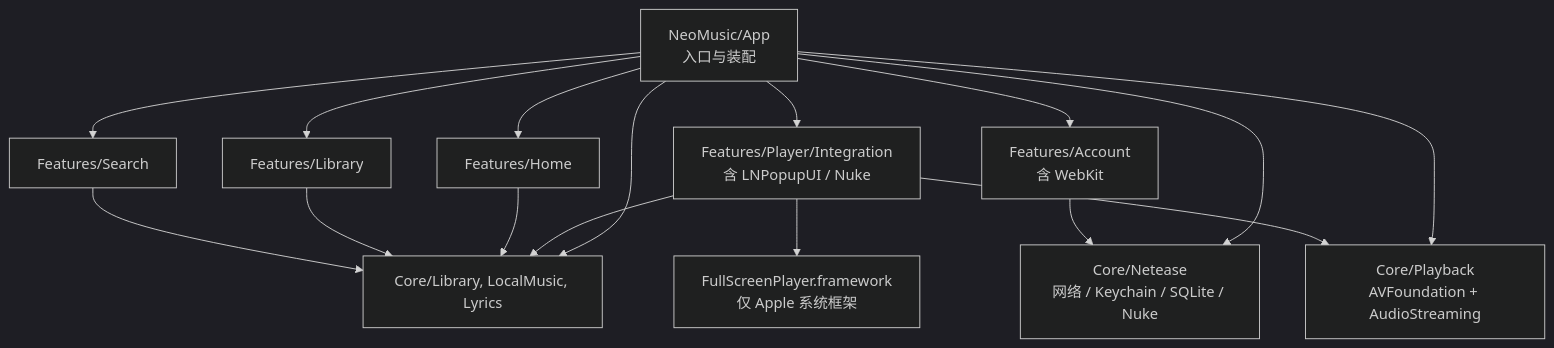
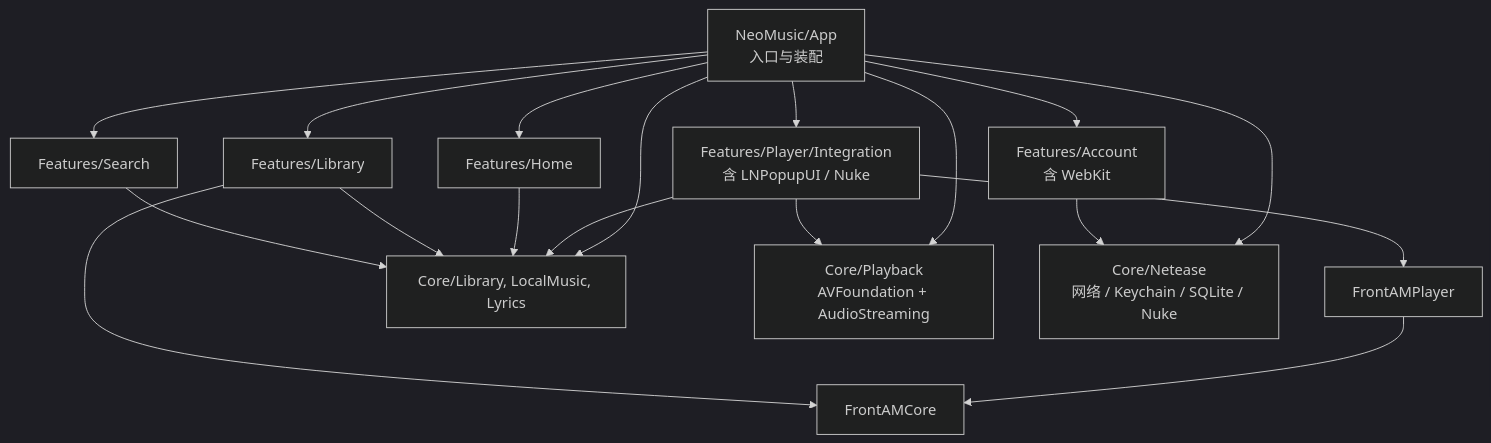
One commit to Fab1e2000/NeoMusic changed the diagram in docs/architecture.md. Above: the diagram before and after it, drawn with Mermaid (dark theme). The commit also changed other lines of this file and 105 other files, not shown here.

Commit message:
建立 FrontAM 本地包骨架并迁入 FrontAMCore 与 FrontAMPlayer (M1)

````diff
--- a/docs/architecture.md
+++ b/docs/architecture.md
@@ -79,31 +82,34 @@
 ```mermaid
 flowchart TD
     App["NeoMusic/App<br/>入口与装配"]
     Home["Features/Home"]
     LibUI["Features/Library"]
     SearchUI["Features/Search"]
     AccountUI["Features/Account<br/>含 WebKit"]
     PlayerInt["Features/Player/Integration<br/>含 LNPopupUI / Nuke"]
-    FSP["FullScreenPlayer.framework<br/>仅 Apple 系统框架"]
+    FSP["FrontAMPlayer"]
+    FrontCore["FrontAMCore"]
 
     CoreLib["Core/Library, LocalMusic, Lyrics"]
     CorePlay["Core/Playback<br/>AVFoundation + AudioStreaming"]
     CoreNet["Core/Netease<br/>网络 / Keychain / SQLite / Nuke"]
 
     App --> Home
     App --> LibUI
     App --> SearchUI
     App --> AccountUI
     App --> PlayerInt
     App --> CoreLib
     App --> CorePlay
     App --> CoreNet
 
     PlayerInt --> FSP
+    FSP --> FrontCore
+    LibUI --> FrontCore
     PlayerInt --> CorePlay
     PlayerInt --> CoreLib
     AccountUI --> CoreNet
     Home --> CoreLib
     LibUI --> CoreLib
     SearchUI --> CoreLib
 ```
````
